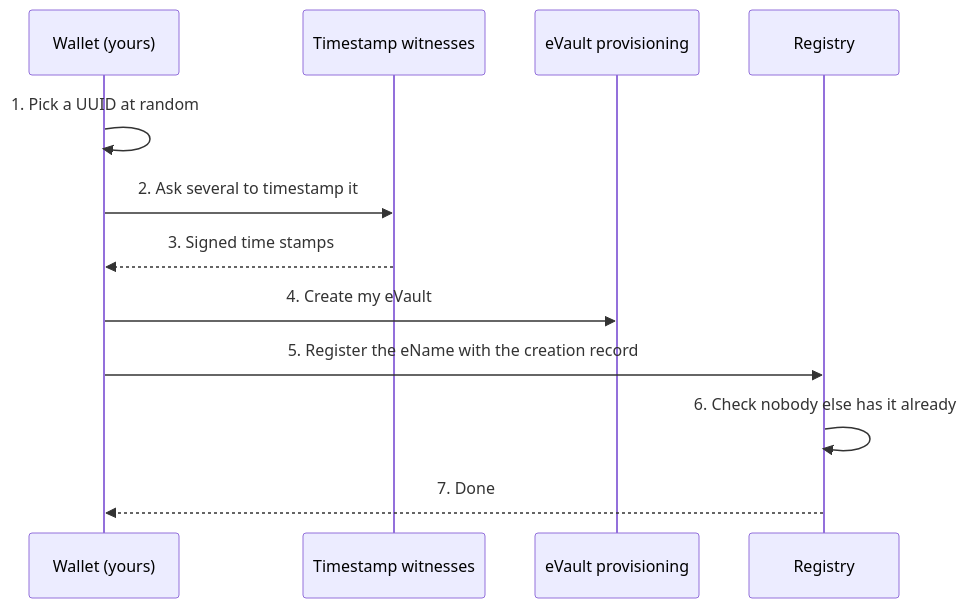
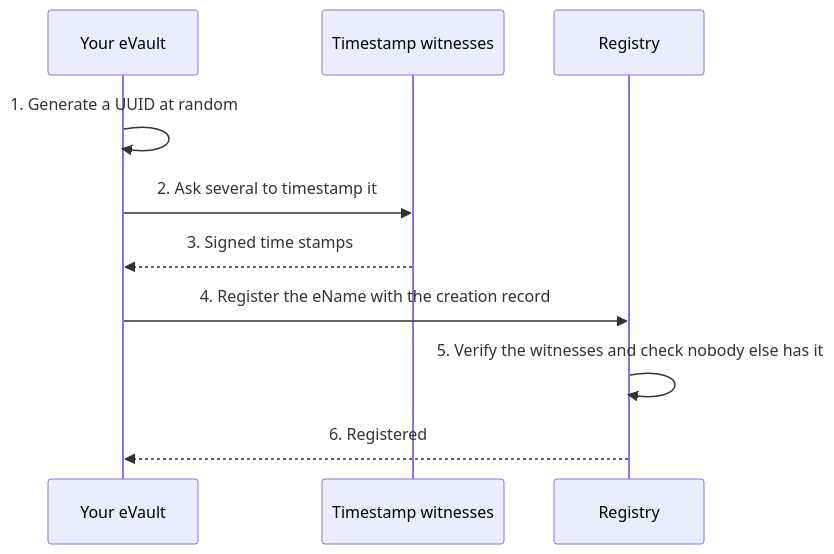
One commit to w3ds-docs/w3ds-docs changed the first of 4 diagrams in content/docs/architecture/identifiers/lifecycle.md. Above: the diagram before and after it, drawn with Mermaid. The commit also changed other lines of this file and 1 other file, not shown here.

````diff
--- a/content/docs/architecture/identifiers/lifecycle.md
+++ b/content/docs/architecture/identifiers/lifecycle.md
@@ -27,15 +43,13 @@
 ```mermaid
 sequenceDiagram
-    participant Wallet as Wallet (yours)
+    participant Vault as Your eVault
     participant Witnesses as Timestamp witnesses
-    participant Vault as eVault provisioning
     participant Registry as Registry
 
-    Wallet->>Wallet: 1. Pick a UUID at random
-    Wallet->>Witnesses: 2. Ask several to timestamp it
-    Witnesses-->>Wallet: 3. Signed time stamps
-    Wallet->>Vault: 4. Create my eVault
-    Wallet->>Registry: 5. Register the eName with the creation record
-    Registry->>Registry: 6. Check nobody else has it already
-    Registry-->>Wallet: 7. Done
+    Vault->>Vault: 1. Generate a UUID at random
+    Vault->>Witnesses: 2. Ask several to timestamp it
+    Witnesses-->>Vault: 3. Signed time stamps
+    Vault->>Registry: 4. Register the eName with the creation record
+    Registry->>Registry: 5. Verify the witnesses and check nobody else has it
+    Registry-->>Vault: 6. Registered
 ```
````
